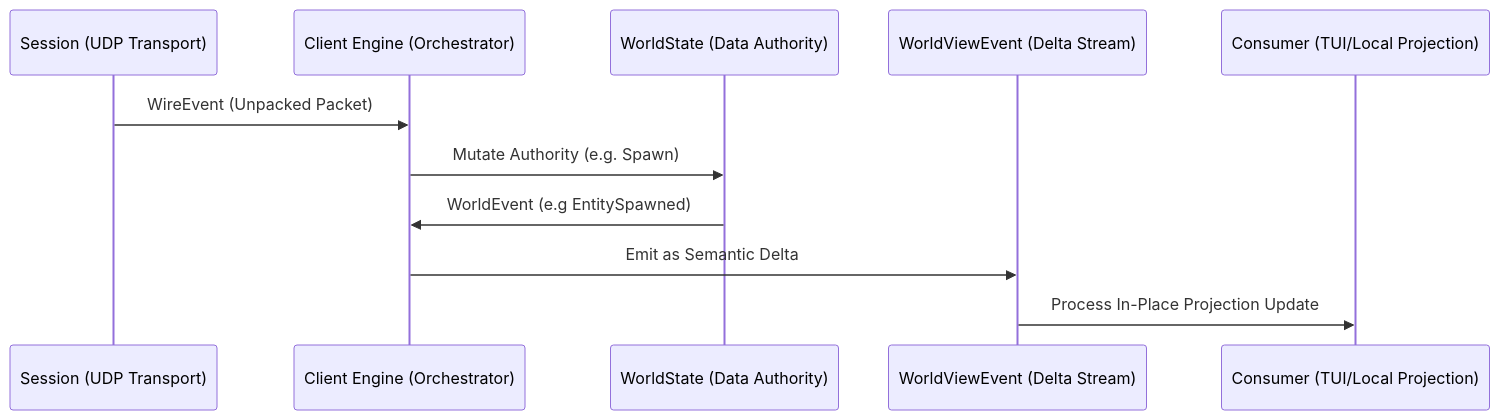
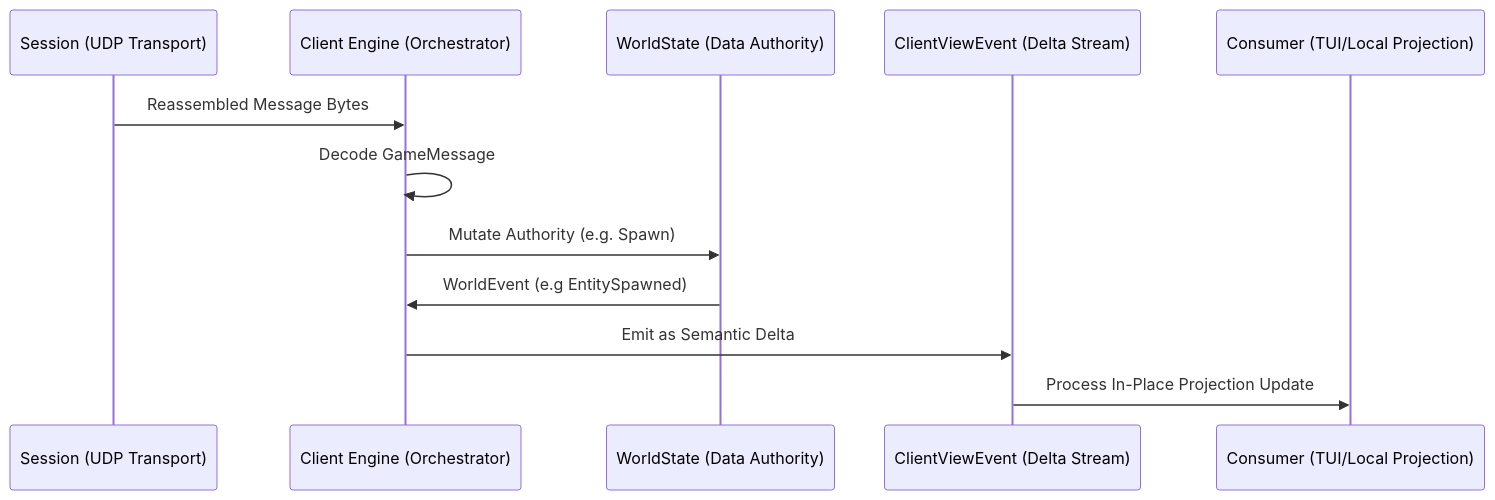
One commit to merklejerk/holtburger changed the diagram in crates/holtburger-core/ARCHITECTURE.md. Above: the diagram before and after it, drawn with Mermaid. The commit also changed other lines of this file and 11 other files, not shown here.

Commit message:
remove WireEvent

````diff
--- a/crates/holtburger-core/ARCHITECTURE.md
+++ b/crates/holtburger-core/ARCHITECTURE.md
@@ -136,14 +137,15 @@
 ```mermaid
 sequenceDiagram
     participant Net as Session (UDP Transport)
     participant Core as Client Engine (Orchestrator)
     participant World as WorldState (Data Authority)
-    participant View as WorldViewEvent (Delta Stream)
+    participant View as ClientViewEvent (Delta Stream)
     participant UI as Consumer (TUI/Local Projection)
 
-    Net->>Core: WireEvent (Unpacked Packet)
+    Net->>Core: Reassembled Message Bytes
+    Core->>Core: Decode GameMessage
     Core->>World: Mutate Authority (e.g. Spawn)
     World->>Core: WorldEvent (e.g EntitySpawned)
     Core->>View: Emit as Semantic Delta
     View->>UI: Process In-Place Projection Update
 ```
````
